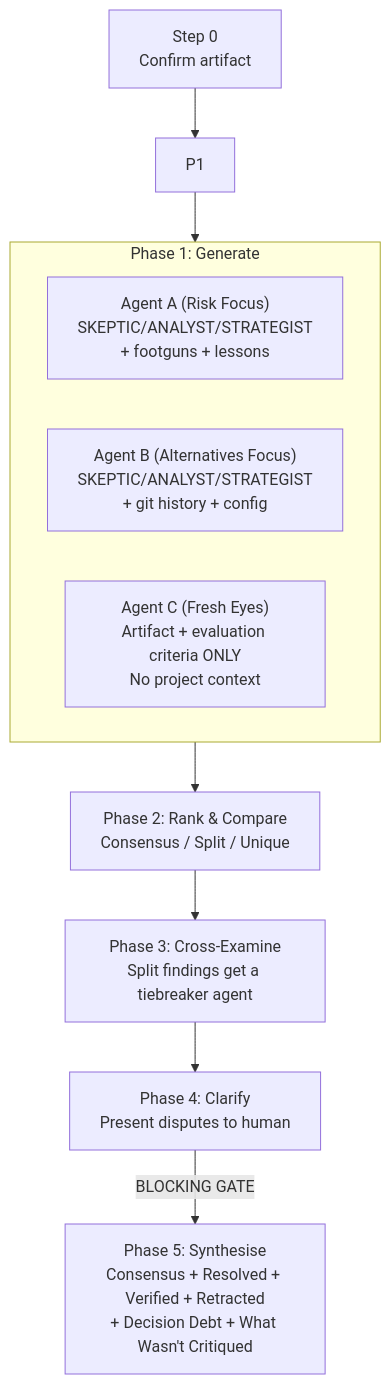
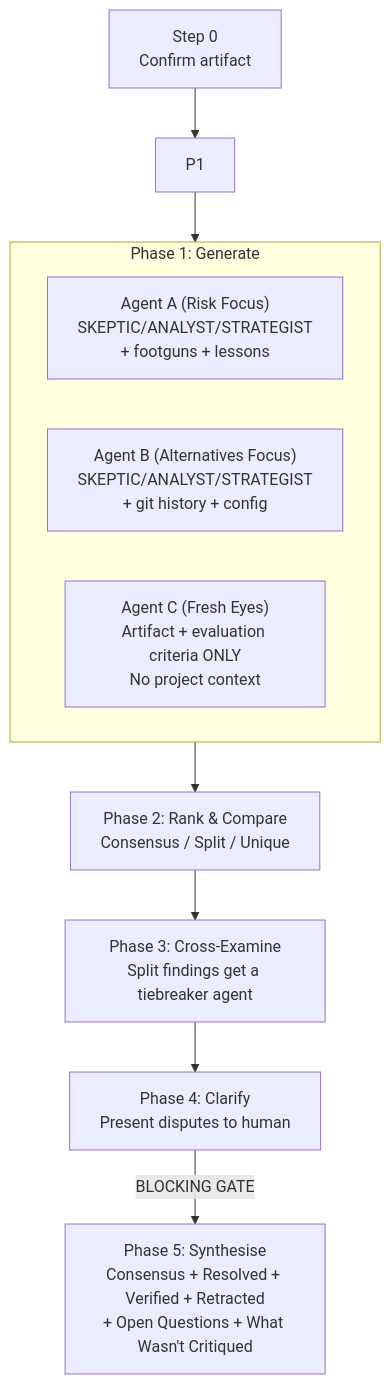
Before and after one commit to runchr-org/goat-flow: the seventh of 9 diagrams in docs/skills.md, drawn with Mermaid. The commit also changed other lines of this file and 26 other files, not shown here.

````diff
--- a/docs/skills.md
+++ b/docs/skills.md
@@ -193,16 +193,16 @@
 ```mermaid
 flowchart TD
     S0["Step 0\nConfirm artifact"] --> P1
 
     subgraph Generate["Phase 1: Generate"]
         A["Agent A (Risk Focus)\nSKEPTIC/ANALYST/STRATEGIST\n+ footguns + lessons"]
         B["Agent B (Alternatives Focus)\nSKEPTIC/ANALYST/STRATEGIST\n+ git history + config"]
         C["Agent C (Fresh Eyes)\nArtifact + evaluation criteria ONLY\nNo project context"]
     end
 
     P1 --> Generate
     Generate --> P2["Phase 2: Rank & Compare\nConsensus / Split / Unique"]
     P2 --> P3["Phase 3: Cross-Examine\nSplit findings get a tiebreaker agent"]
     P3 --> P4["Phase 4: Clarify\nPresent disputes to human"]
-    P4 -->|"BLOCKING GATE"| P5["Phase 5: Synthesise\nConsensus + Resolved + Verified + Retracted\n+ Decision Debt + What Wasn't Critiqued"]
+    P4 -->|"BLOCKING GATE"| P5["Phase 5: Synthesise\nConsensus + Resolved + Verified + Retracted\n+ Open Questions + What Wasn't Critiqued"]
 ```
````
